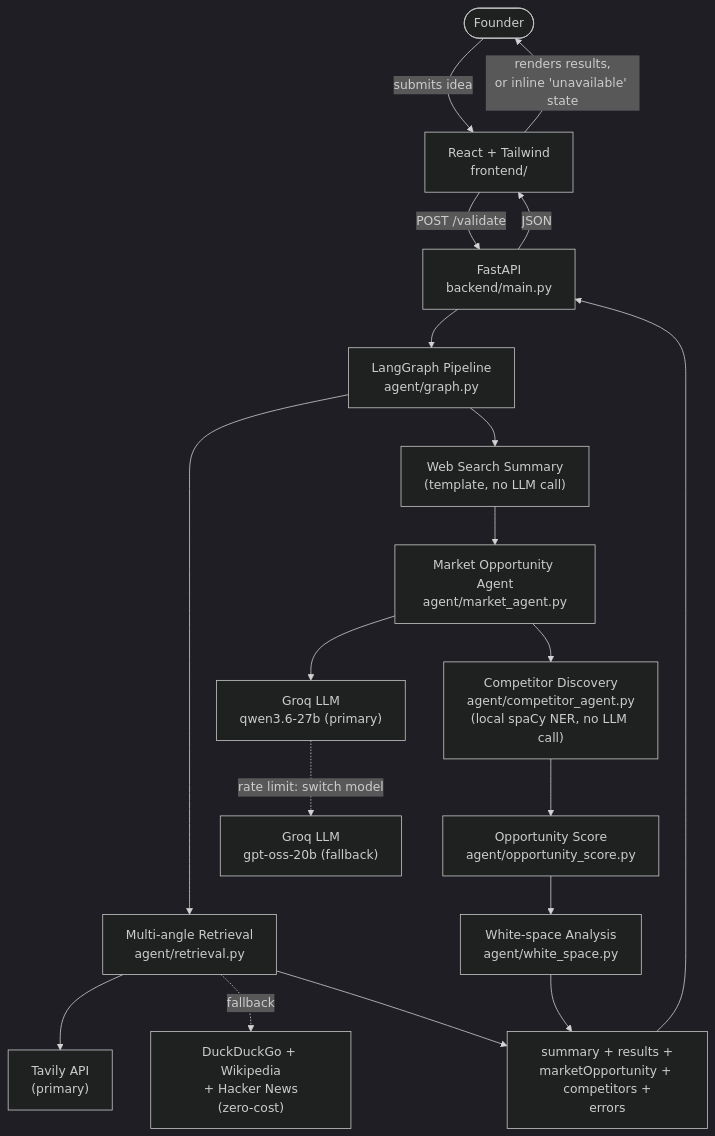
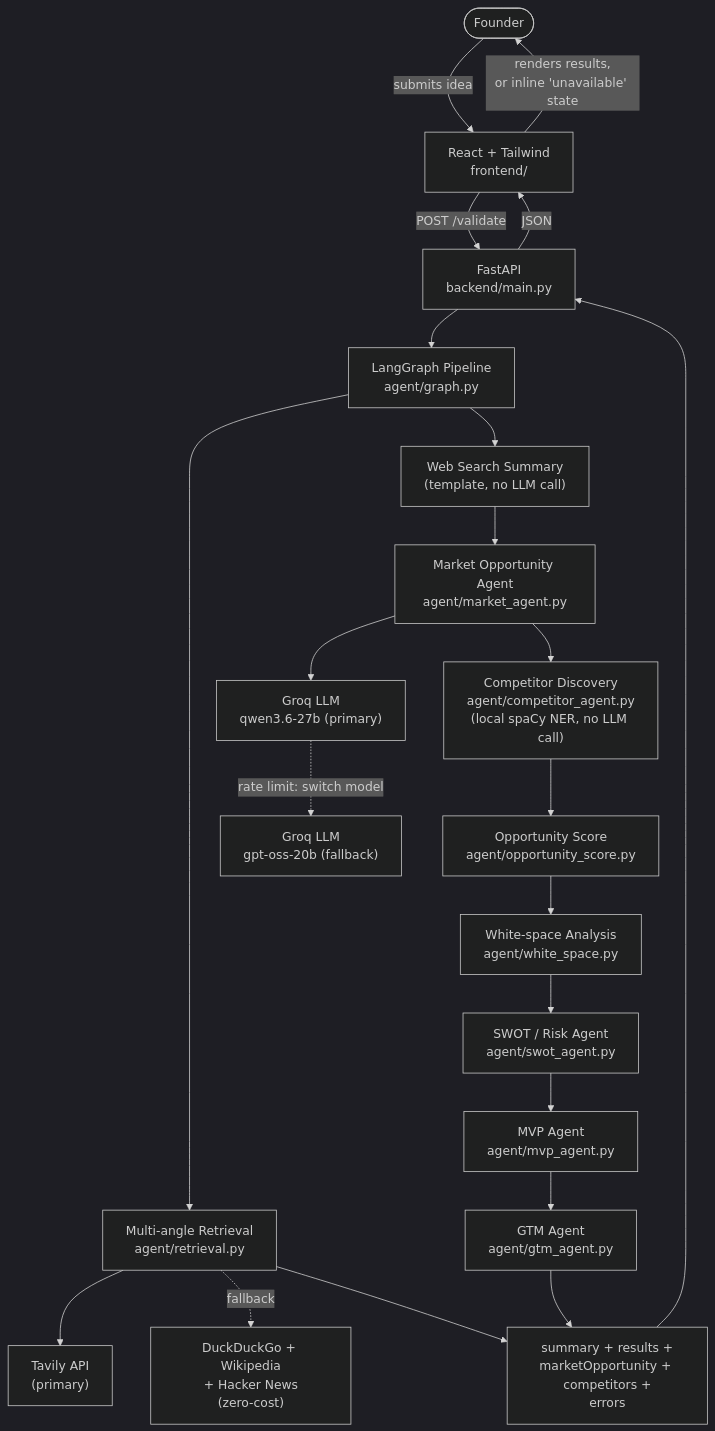
Before and after one commit to Yasaswini-ch/Development-of-AI-Based-Startup-Idea-Validator-with-Market-Analysis-Assistance: the diagram in README.md, drawn with Mermaid (dark theme). The commit also changed other lines of this file and 31 other files, not shown here.

````diff
--- a/README.md
+++ b/README.md
@@ -23,24 +25,27 @@
 ```mermaid
 flowchart TD
     User(["Founder"]) -->|submits idea| Frontend["React + Tailwind\nfrontend/"]
     Frontend -->|POST /validate| Backend["FastAPI\nbackend/main.py"]
     Backend --> Pipeline["LangGraph Pipeline\nagent/graph.py"]
 
     Pipeline --> Retrieval["Multi-angle Retrieval\nagent/retrieval.py"]
     Retrieval --> Tavily["Tavily API\n(primary)"]
     Retrieval -.fallback.-> Free["DuckDuckGo + Wikipedia\n+ Hacker News\n(zero-cost)"]
 
     Pipeline --> WS["Web Search Summary\n(template, no LLM call)"]
     WS --> MO["Market Opportunity Agent\nagent/market_agent.py"]
     MO --> CD["Competitor Discovery\nagent/competitor_agent.py\n(local spaCy NER, no LLM call)"]
     CD --> OS["Opportunity Score\nagent/opportunity_score.py"]
     OS --> WA["White-space Analysis\nagent/white_space.py"]
+    WA --> SWOT["SWOT / Risk Agent\nagent/swot_agent.py"]
+    SWOT --> MVP["MVP Agent\nagent/mvp_agent.py"]
+    MVP --> GTM["GTM Agent\nagent/gtm_agent.py"]
     MO --> LLM["Groq LLM\nqwen3.6-27b (primary)"]
     LLM -.rate limit: switch model.-> LLM2["Groq LLM\ngpt-oss-20b (fallback)"]
 
     Retrieval --> Response["summary + results +\nmarketOpportunity + competitors +\nerrors"]
-    WA --> Response
+    GTM --> Response
     Response --> Backend
     Backend -->|JSON| Frontend
     Frontend -->|renders results,\nor inline 'unavailable' state| User
 ```
````
